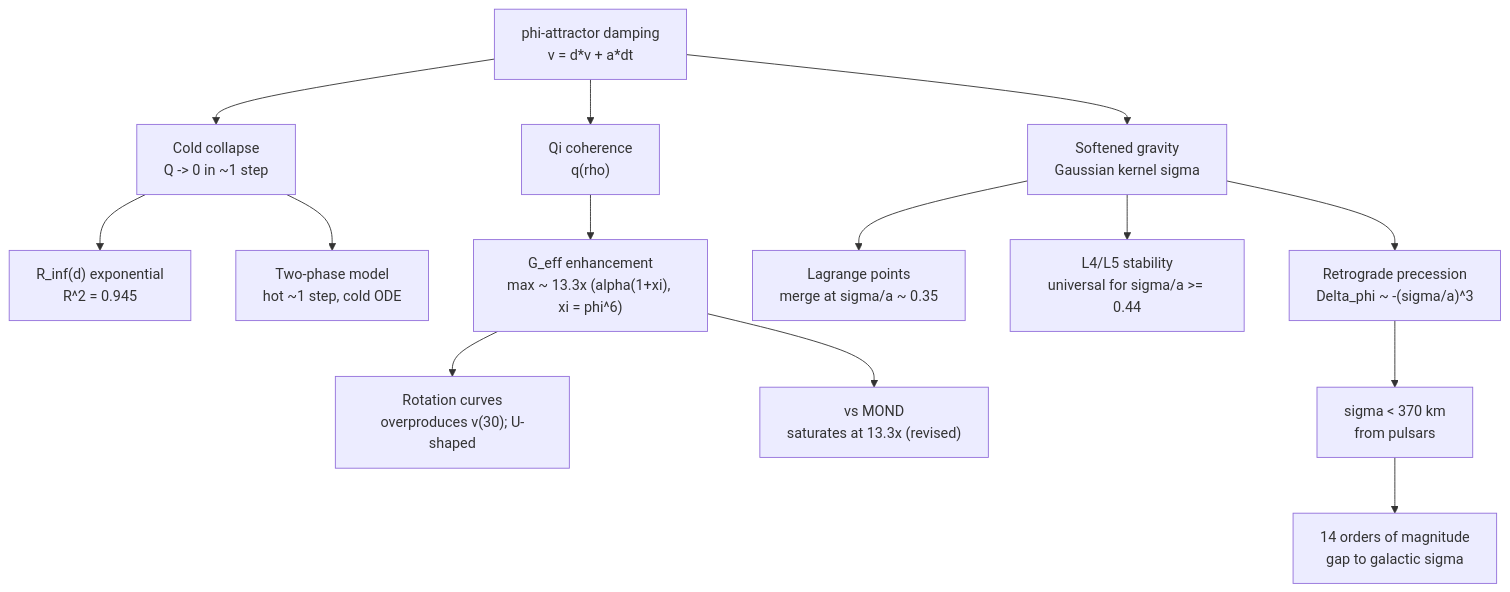
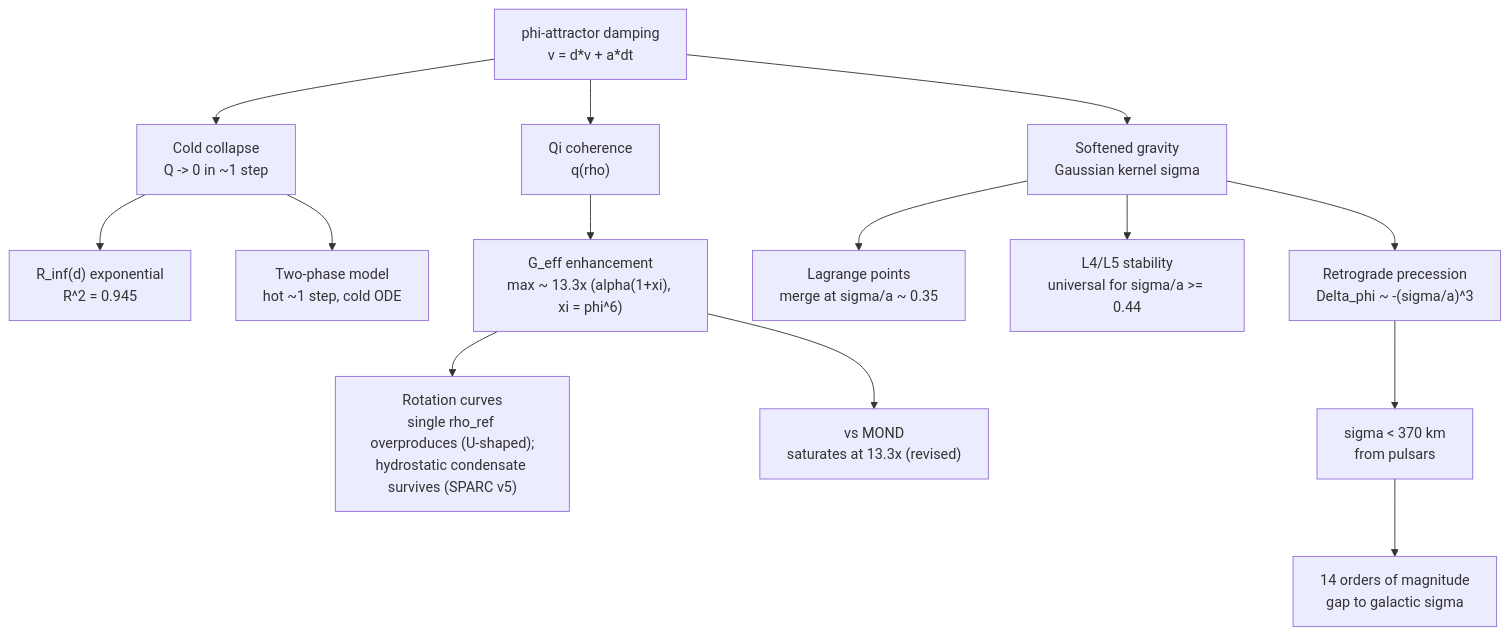
The diagram in CassiTheory/foundations/phi_attractor_synthesis.md (CassiTheOracle/cassi), drawn with Mermaid before and after one commit. The commit also changed other lines of this file and 4 other files, not shown here.

````diff
--- a/CassiTheory/foundations/phi_attractor_synthesis.md
+++ b/CassiTheory/foundations/phi_attractor_synthesis.md
@@ -407,16 +416,16 @@
 ```mermaid
 graph TD
     A["phi-attractor damping<br/>v = d*v + a*dt"] --> B["Cold collapse<br/>Q -> 0 in ~1 step"]
     B --> C["R_inf(d) exponential<br/>R^2 = 0.945"]
     B --> D["Two-phase model<br/>hot ~1 step, cold ODE"]
     A --> E["Softened gravity<br/>Gaussian kernel sigma"]
     E --> F["Retrograde precession<br/>Delta_phi ~ -(sigma/a)^3"]
     E --> G["Lagrange points<br/>merge at sigma/a ~ 0.35"]
     E --> H["L4/L5 stability<br/>universal for sigma/a >= 0.44"]
     A --> I["Qi coherence<br/>q(rho)"]
     I --> J["G_eff enhancement<br/>max ~ 13.3x (alpha(1+xi), xi = phi^6)"]
-    J --> K["Rotation curves<br/>overproduces v(30); U-shaped"]
+    J --> K["Rotation curves<br/>single rho_ref overproduces (U-shaped);<br/>hydrostatic condensate survives (SPARC v5)"]
     J --> L["vs MOND<br/>saturates at 13.3x (revised)"]
     F --> M["sigma < 370 km<br/>from pulsars"]
     M --> N["14 orders of magnitude<br/>gap to galactic sigma"]
 ```
````
